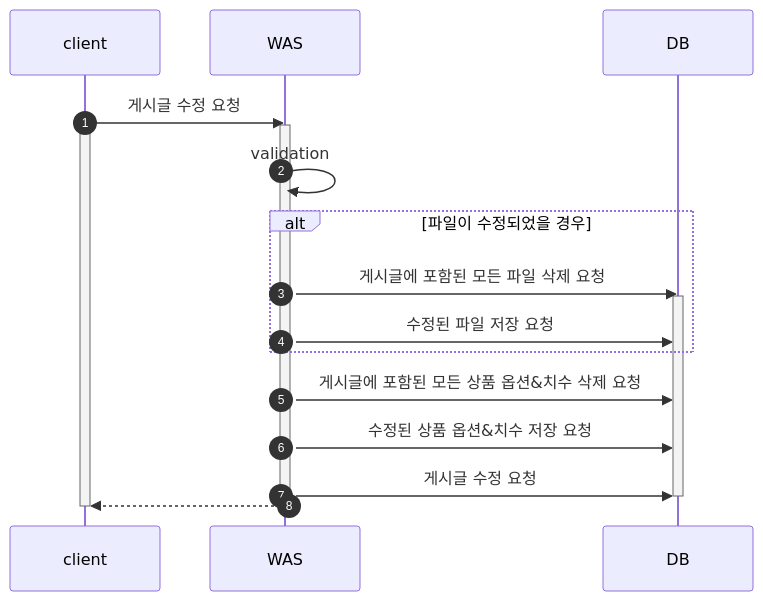
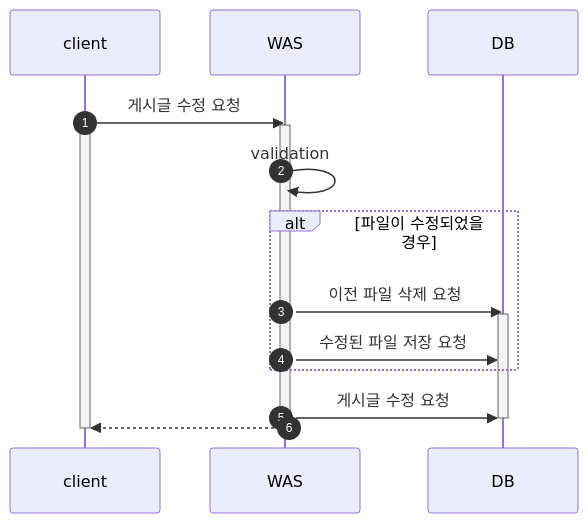
The fifth of 7 diagrams in README.md (JadeKim042386/My3D), drawn with Mermaid before and after one commit. The commit also changed other lines of this file, not shown here.

Commit message:
doc: update README.md - Flow Chart 수정

````diff
--- a/README.md
+++ b/README.md
@@ -169,20 +149,18 @@
 ```mermaid
 sequenceDiagram
     autonumber
     client ->> WAS: 게시글 수정 요청
     activate client
     activate WAS
     WAS ->> WAS: validation
     alt 파일이 수정되었을 경우
-        WAS ->> DB: 게시글에 포함된 모든 파일 삭제 요청
+        WAS ->> DB: 이전 파일 삭제 요청
         activate DB
         WAS ->> DB: 수정된 파일 저장 요청
     end
-    WAS ->> DB: 게시글에 포함된 모든 상품 옵션&치수 삭제 요청
-    WAS ->> DB: 수정된 상품 옵션&치수 저장 요청
     WAS ->> DB: 게시글 수정 요청
     deactivate DB
     WAS -->> client: 
     deactivate WAS
     deactivate client
 ```
````
